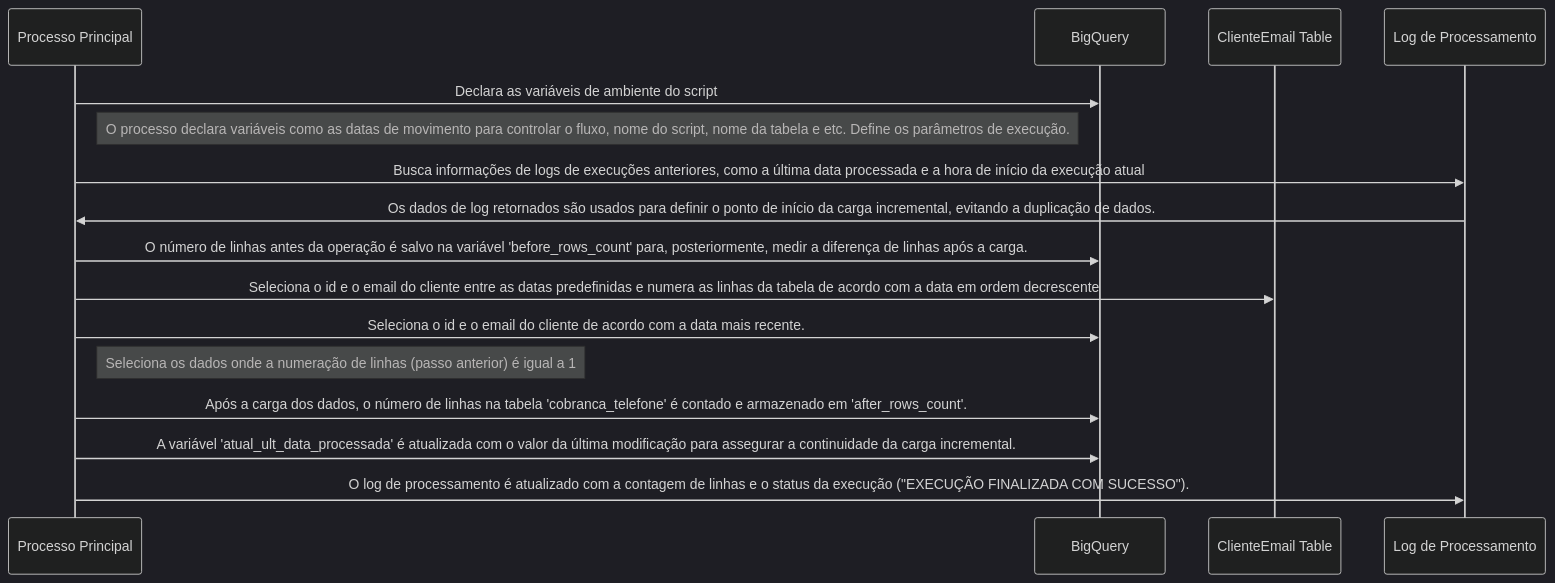
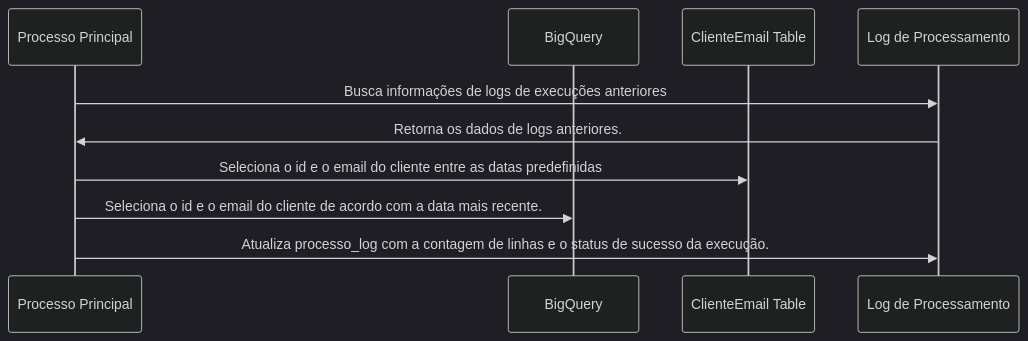
Before and after one commit to 2RP-Squad404/Halo-World: the diagram in Sprints/SP03-0511/Gabriel/cobranca_email_cliente.md, drawn with Mermaid (dark theme). The commit also changed 1 other file, not shown here.

Commit message:
docs: risco tivea diagrams edited

````diff
--- a/Sprints/SP03-0511/Gabriel/cobranca_email_cliente.md
+++ b/Sprints/SP03-0511/Gabriel/cobranca_email_cliente.md
@@ -1,27 +1,17 @@
 ```mermaid
 sequenceDiagram
     participant Processo as Processo Principal
     participant BigQuery as BigQuery
     participant ClienteEmail as ClienteEmail Table
     participant Logs as Log de Processamento
 
-    Processo->>BigQuery: Declara as variáveis de ambiente do script
-    note right of Processo: O processo declara variáveis como as datas de movimento para controlar o fluxo, nome do script, nome da tabela e etc. Define os parâmetros de execução.
+    Processo->>Logs: Busca informações de logs de execuções anteriores
+    
+    Logs->>Processo: Retorna os dados de logs anteriores.
 
-    Processo->>Logs: Busca informações de logs de execuções anteriores, como a última data processada e a hora de início da execução atual
-    
-    Logs->>Processo: Os dados de log retornados são usados para definir o ponto de início da carga incremental, evitando a duplicação de dados.
-
-    Processo->>BigQuery: O número de linhas antes da operação é salvo na variável 'before_rows_count' para, posteriormente, medir a diferença de linhas após a carga.
-
-    Processo->>ClienteEmail: Seleciona o id e o email do cliente entre as datas predefinidas e numera as linhas da tabela de acordo com a data em ordem decrescente
+    Processo->>ClienteEmail: Seleciona o id e o email do cliente entre as datas predefinidas
 
     Processo->>BigQuery: Seleciona o id e o email do cliente de acordo com a data mais recente.
-    note right of Processo: Seleciona os dados onde a numeração de linhas (passo anterior) é igual a 1
 
-    Processo->>BigQuery: Após a carga dos dados, o número de linhas na tabela 'cobranca_telefone' é contado e armazenado em 'after_rows_count'.
-
-    Processo->>BigQuery: A variável 'atual_ult_data_processada' é atualizada com o valor da última modificação para assegurar a continuidade da carga incremental.
-
-    Processo->>Logs: O log de processamento é atualizado com a contagem de linhas e o status da execução ("EXECUÇÃO FINALIZADA COM SUCESSO").
+    Processo->>Logs: Atualiza processo_log com a contagem de linhas e o status de sucesso da execução.
 ```
````
